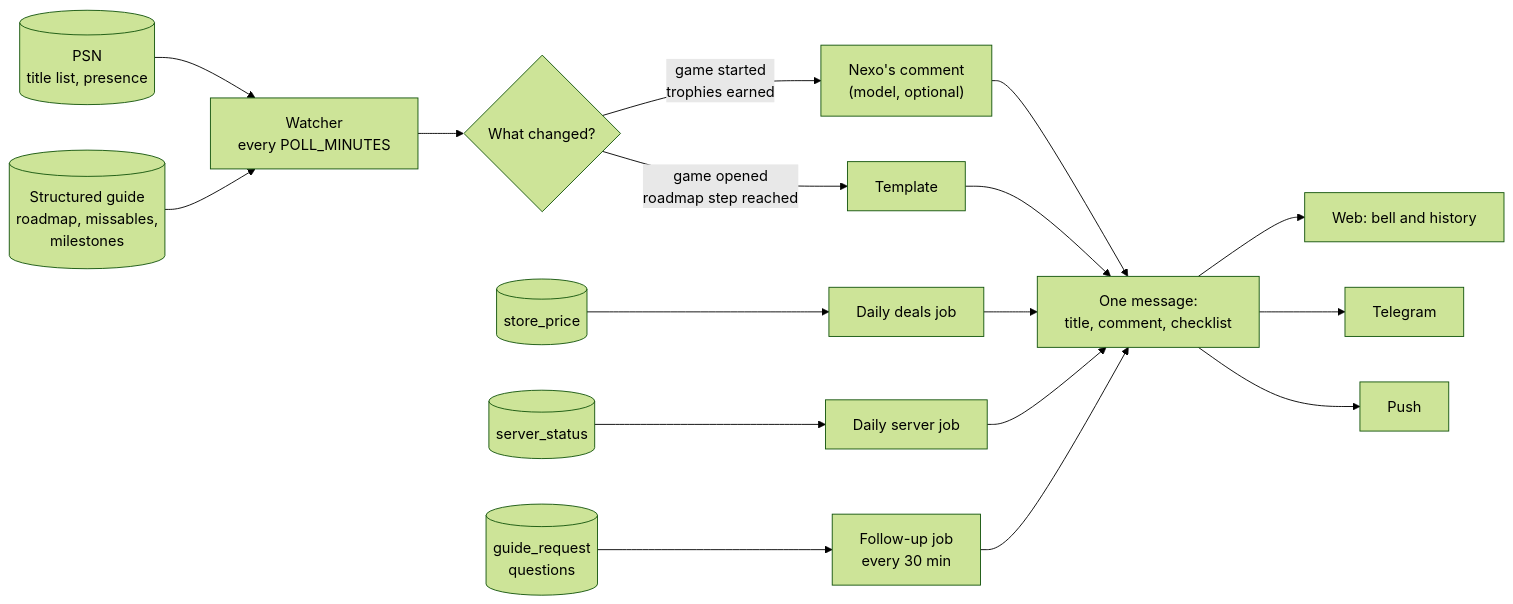
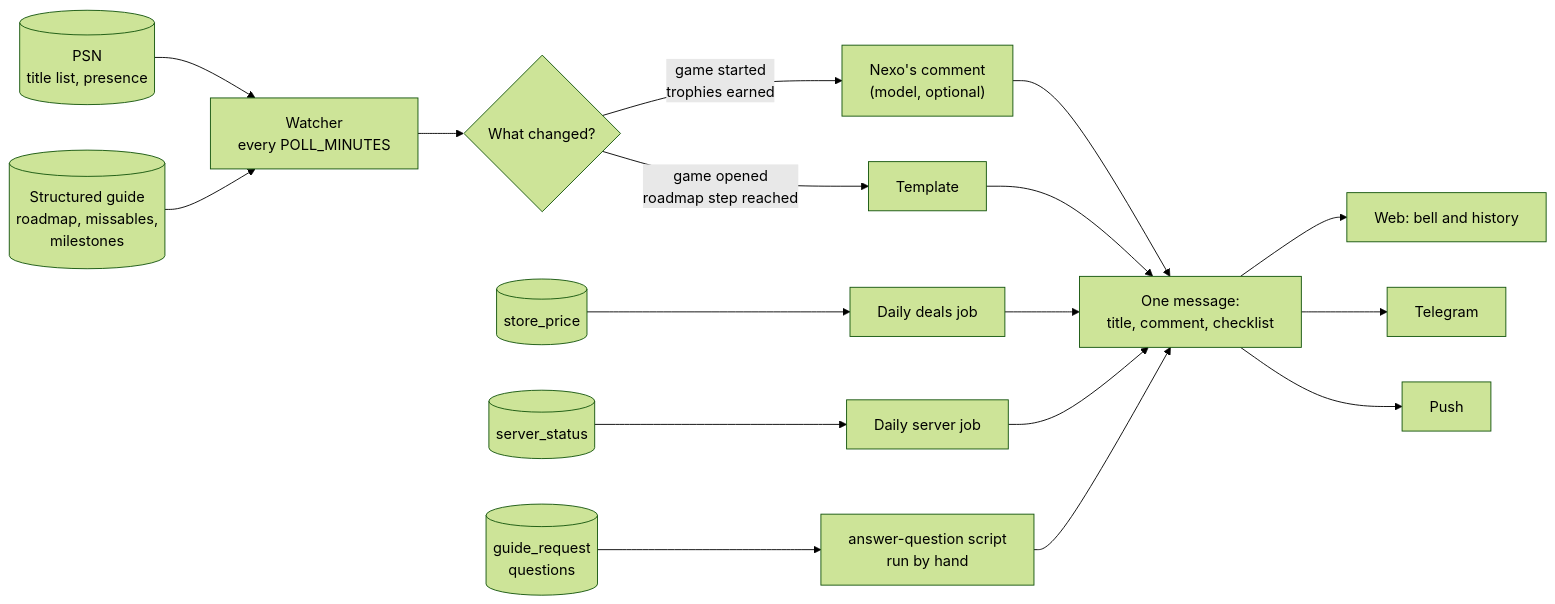
One commit to renatoaug/platjourney changed the diagram in docs/design/05-notifications.md. Above: the diagram before and after it, drawn with Mermaid (forest theme). The commit also changed other lines of this file and 8 other files, not shown here.

First line of the commit message:
refactor(server): answer owed questions by hand instead of on a timer

````diff
--- a/docs/design/05-notifications.md
+++ b/docs/design/05-notifications.md
@@ -13,16 +13,16 @@
 ```mermaid
 flowchart LR
     psn[("PSN<br/>title list, presence")] --> watcher["Watcher<br/>every POLL_MINUTES"]
     guide[("Structured guide<br/>roadmap, missables,<br/>milestones")] --> watcher
     watcher --> news{"What changed?"}
     news -- "game started<br/>trophies earned" --> nexo["Nexo's comment<br/>(model, optional)"]
     news -- "game opened<br/>roadmap step reached" --> tpl["Template"]
     nexo --> msg["One message:<br/>title, comment, checklist"]
     tpl --> msg
     store[("store_price")] --> deals["Daily deals job"] --> msg
     servers[("server_status")] --> shut["Daily server job"] --> msg
-    gaps[("guide_request<br/>questions")] --> follow["Follow-up job<br/>every 30 min"] --> msg
+    gaps[("guide_request<br/>questions")] --> follow["answer-question script<br/>run by hand"] --> msg
     msg --> web["Web: bell and history"]
     msg --> tg["Telegram"]
     msg --> push["Push"]
 ```
````
